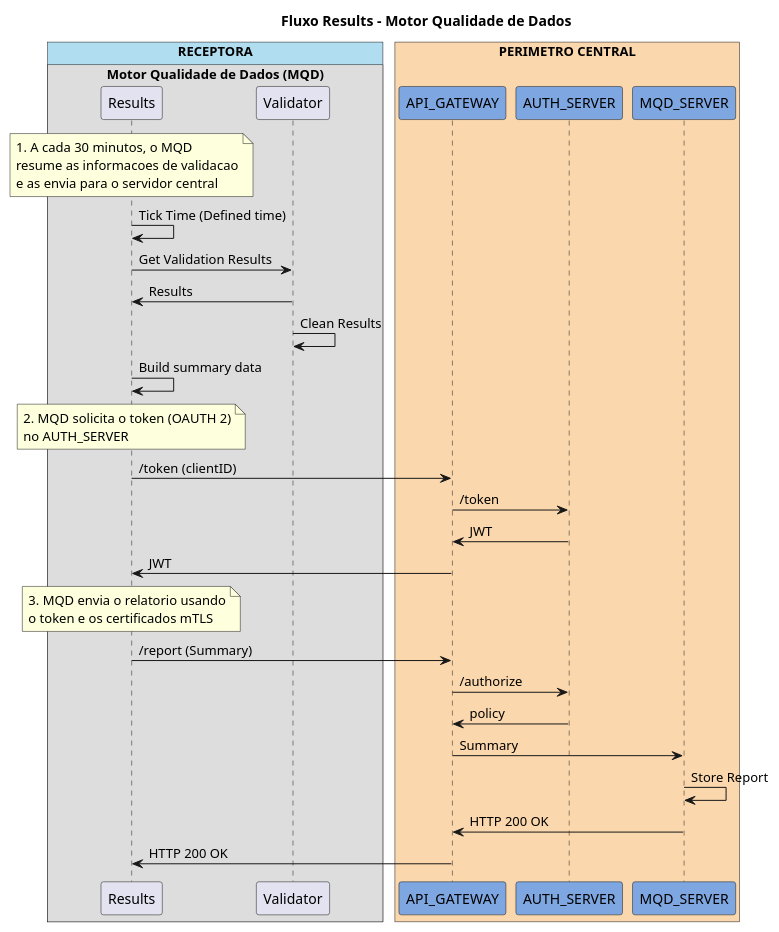
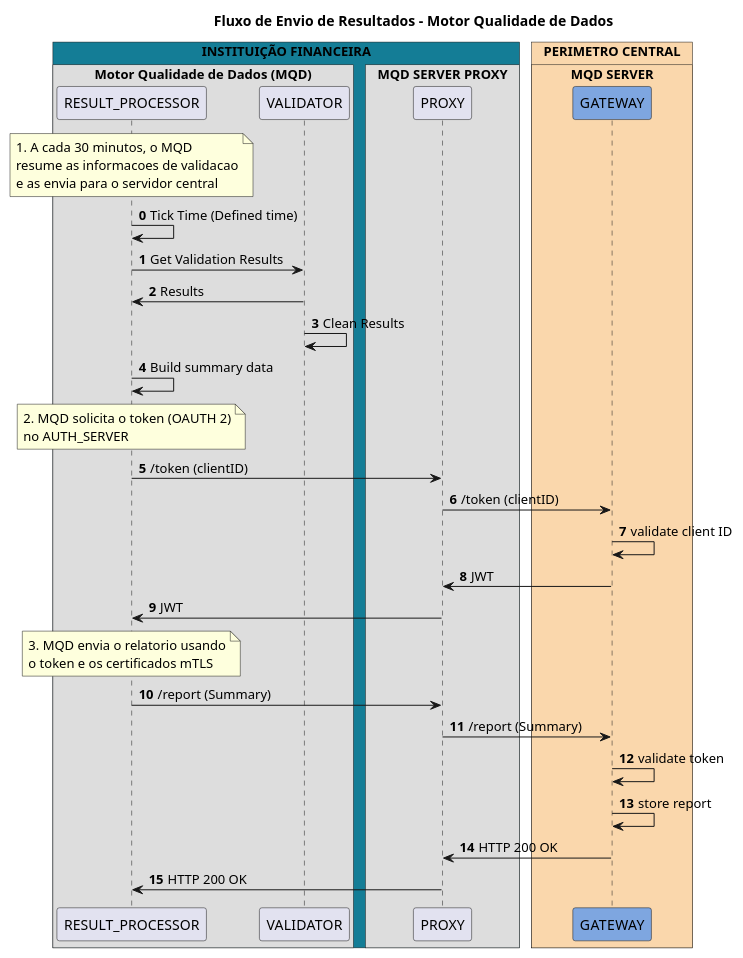
The diagram in docs/Arquitetura/desenhos/fluxo_Envio_Results.puml (OpenBanking-Brasil/mqd-client), drawn with PlantUML before and after one commit. The commit also changed 9 other files, not shown here.

Commit message:
Architecture documentation was updated

```diff
--- a/docs/Arquitetura/desenhos/fluxo_Envio_Results.puml
+++ b/docs/Arquitetura/desenhos/fluxo_Envio_Results.puml
@@ -1,52 +1,55 @@
 @startuml
-title Fluxo Results - Motor Qualidade de Dados
+title Fluxo de Envio de Resultados - Motor Qualidade de Dados
 
 !pragma teoz true
-box "RECEPTORA" #B1DDF0
+box "INSTITUIÇÃO FINANCEIRA" #147d96
   box "Motor Qualidade de Dados (MQD)"
-    participant Results
-    participant Validator
+    participant RESULT_PROCESSOR
+    participant VALIDATOR
+  end box
+  box "MQD SERVER PROXY"
+    participant PROXY
   end box
 end box
 
 box "PERIMETRO CENTRAL" #FAD7AC
-   participant API_GATEWAY #7EA6E0
-   participant AUTH_SERVER #7EA6E0
-   participant MQD_SERVER #7EA6E0
+   box "MQD SERVER" #FAD7AC
+   participant GATEWAY #7EA6E0
 end box
 
-note over Results
+note over RESULT_PROCESSOR
    1. A cada 30 minutos, o MQD
    resume as informacoes de validacao
    e as envia para o servidor central
 end note
 
-Results -> Results : Tick Time (Defined time)
-Results -> Validator : Get Validation Results
-Validator -> Results : Results
-Validator -> Validator : Clean Results
-Results -> Results : Build summary data
+autonumber 0
+RESULT_PROCESSOR -> RESULT_PROCESSOR : Tick Time (Defined time)
+RESULT_PROCESSOR -> VALIDATOR : Get Validation Results
+VALIDATOR -> RESULT_PROCESSOR : Results
+VALIDATOR -> VALIDATOR : Clean Results
+RESULT_PROCESSOR -> RESULT_PROCESSOR : Build summary data
 
-note over Results 
+note over RESULT_PROCESSOR 
    2. MQD solicita o token (OAUTH 2)
    no AUTH_SERVER
 end note
 
-Results -> API_GATEWAY: /token (clientID)
-API_GATEWAY -> AUTH_SERVER :/token
-AUTH_SERVER -> API_GATEWAY : JWT
-API_GATEWAY -> Results : JWT
+RESULT_PROCESSOR -> PROXY: /token (clientID)
+PROXY -> GATEWAY: /token (clientID)
+GATEWAY -> GATEWAY : validate client ID
+GATEWAY -> PROXY : JWT
+PROXY -> RESULT_PROCESSOR : JWT
 
-note over Results
+note over RESULT_PROCESSOR
    3. MQD envia o relatorio usando
    o token e os certificados mTLS
 end note
 
-Results -> API_GATEWAY : /report (Summary)
-API_GATEWAY -> AUTH_SERVER : /authorize
-AUTH_SERVER -> API_GATEWAY : policy
-API_GATEWAY -> MQD_SERVER : Summary
-MQD_SERVER -> MQD_SERVER : Store Report
-MQD_SERVER -> API_GATEWAY : HTTP 200 OK
-API_GATEWAY -> Results : HTTP 200 OK
+RESULT_PROCESSOR -> PROXY : /report (Summary)
+PROXY -> GATEWAY : /report (Summary)
+GATEWAY -> GATEWAY : validate token
+GATEWAY -> GATEWAY : store report
+GATEWAY -> PROXY : HTTP 200 OK
+PROXY -> RESULT_PROCESSOR : HTTP 200 OK
 @enduml
```
